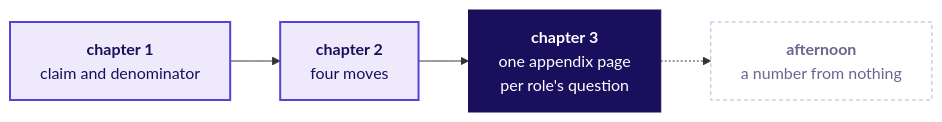
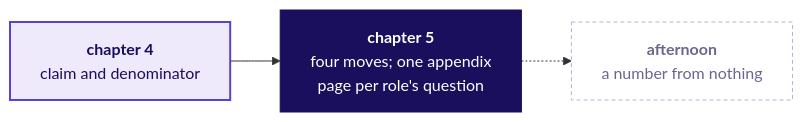
The tenth of 10 diagrams in content/W04/D2/slides/C2_W04_D02_half1_STUDENT.md (fde-academy-lab/c2-content-factory), drawn with Mermaid before and after one commit. The commit also changed other lines of this file and 5 other files, not shown here.

````diff
--- a/content/W04/D2/slides/C2_W04_D02_half1_STUDENT.md
+++ b/content/W04/D2/slides/C2_W04_D02_half1_STUDENT.md
@@ -677,11 +1259,11 @@
 ```mermaid
 flowchart LR
-    T1["<b>chapter 1</b><br/>claim and denominator"] --> T2["<b>chapter 2</b><br/>four moves"] --> T3["<b>chapter 3</b><br/>one appendix page<br/>per role's question"]
-    T3 -.-> T4["<b>afternoon</b><br/>a number from nothing"]
+    T1["<b>chapter 4</b><br/>claim and denominator"] --> T2["<b>chapter 5</b><br/>four moves; one appendix<br/>page per role's question"]
+    T2 -.-> T4["<b>afternoon</b><br/>a number from nothing"]
     classDef known fill:#EEEAFB,stroke:#5B3FD6,color:#1A0F5C,stroke-width:2px
     classDef lit fill:#1A0F5C,stroke:#1A0F5C,color:#FFFFFF
     classDef unknown fill:#FFFFFF,stroke:#B8B2D6,color:#6B6690,stroke-dasharray:4 3
-    class T1,T2 known
-    class T3 lit
+    class T1 known
+    class T2 lit
     class T4 unknown
 ```
````
